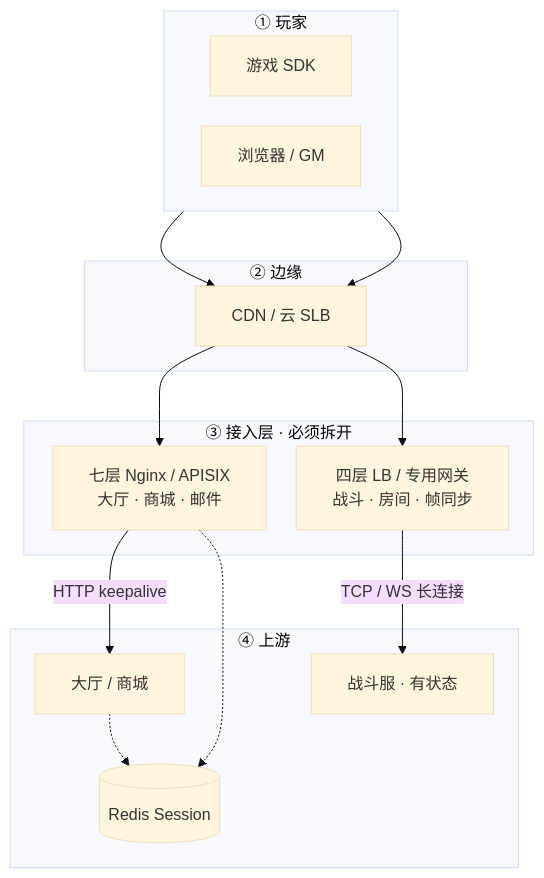
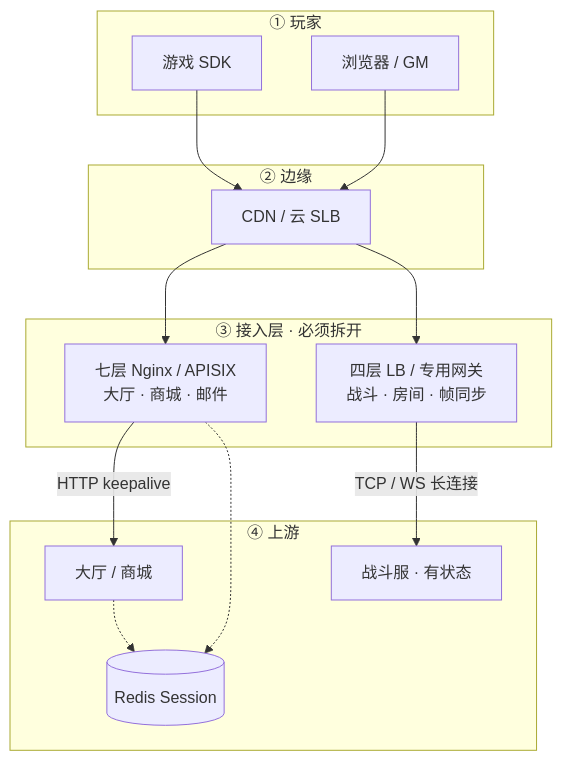
The second of 10 diagrams in 02-中间件与数据库/09-API网关与服务治理/知识点.md (ml-cuizijun/LearnToLilith), drawn with Mermaid before and after one commit. The commit also changed other lines of this file and 178 other files, not shown here.

````diff
--- a/02-中间件与数据库/09-API网关与服务治理/知识点.md
+++ b/02-中间件与数据库/09-API网关与服务治理/知识点.md
@@ -110,40 +50,27 @@
 ```mermaid
-%%{init: {"flowchart": {"padding": 18, "nodeSpacing": 30, "rankSpacing": 50}, "theme": "base"}}%%
 flowchart TB
     subgraph clients ["① 玩家"]
-        direction LR
         sdk[游戏 SDK]
         br[浏览器 / GM]
     end
-
     subgraph edge ["② 边缘"]
         cdn[CDN / 云 SLB]
     end
-
     subgraph gw ["③ 接入层 · 必须拆开"]
         l7["七层 Nginx / APISIX<br/>大厅 · 商城 · 邮件"]
         l4["四层 LB / 专用网关<br/>战斗 · 房间 · 帧同步"]
     end
-
     subgraph up ["④ 上游"]
         hall[大厅 / 商城]
         battle[战斗服 · 有状态]
         redis[(Redis Session)]
     end
-
     sdk --> cdn
     br --> cdn
     cdn --> l7
     cdn --> l4
     l7 -->|"HTTP keepalive"| hall
     l4 -->|"TCP / WS 长连接"| battle
     l7 -.-> redis
     hall -.-> redis
-
-    class sdk,br client
-    class cdn edgec
-    class l7 l7c
-    class l4 l4c
-    class hall,battle,redis up
-
 ```
````
